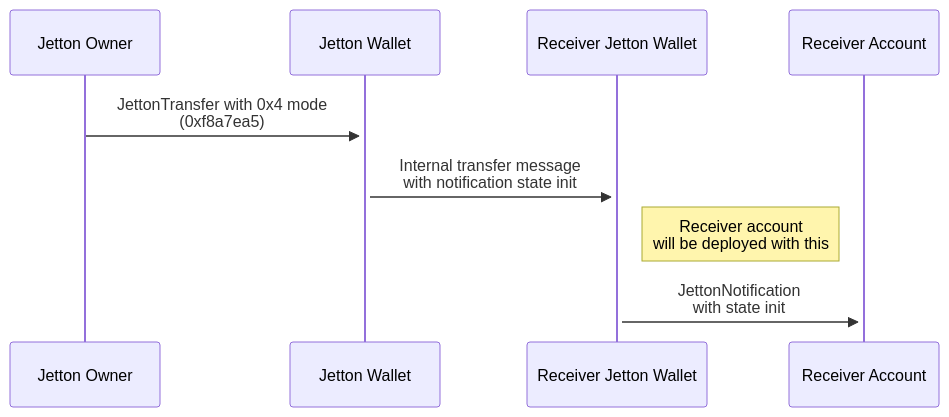
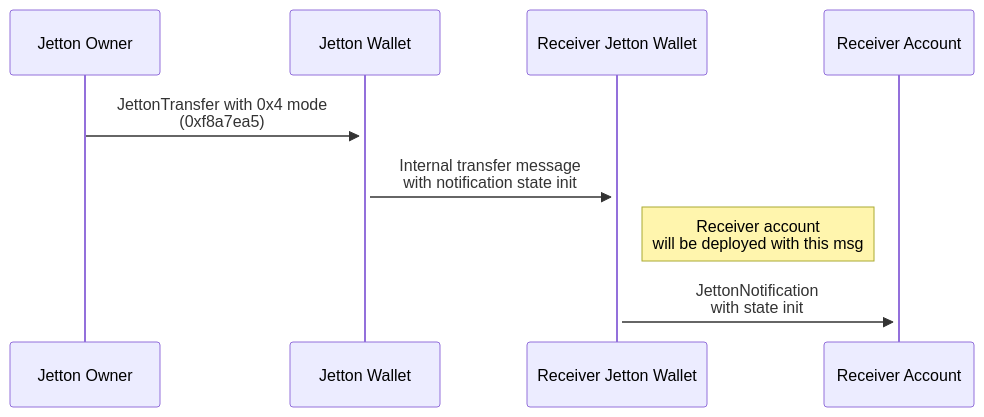
The fourth of 4 diagrams in docs/feature-rich.md (tact-lang/jetton), drawn with Mermaid before and after one commit. The commit also changed other lines of this file and 2 other files, not shown here.

````diff
--- a/docs/feature-rich.md
+++ b/docs/feature-rich.md
@@ -82,13 +82,13 @@
 ```mermaid
 sequenceDiagram
     participant D as Jetton Owner
     participant C as Jetton Wallet
     participant E as Receiver Jetton Wallet
     participant F as Receiver Account
 
 
     D ->>+ C: JettonTransfer with 0x4 mode<BR />(0xf8a7ea5)
     C ->>+ E: Internal transfer message <BR> with notification state init
-    Note left of F: Receiver account <br> will be deployed with this
+    Note left of F: Receiver account <br> will be deployed with this msg
     E ->>+ F: JettonNotification <BR> with state init
 ```
````
